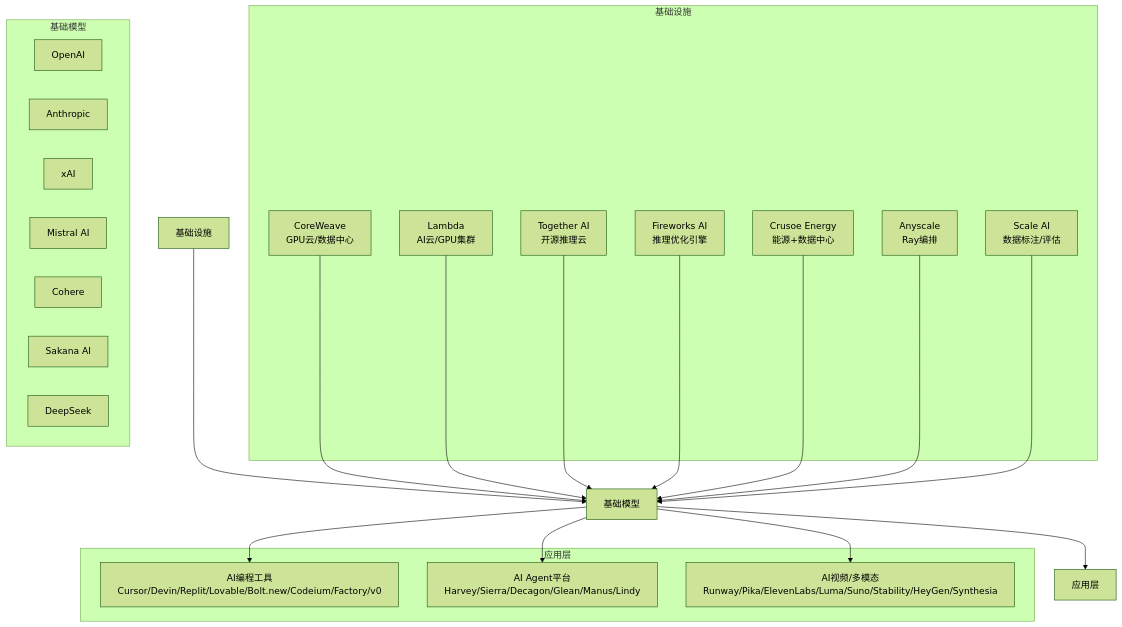
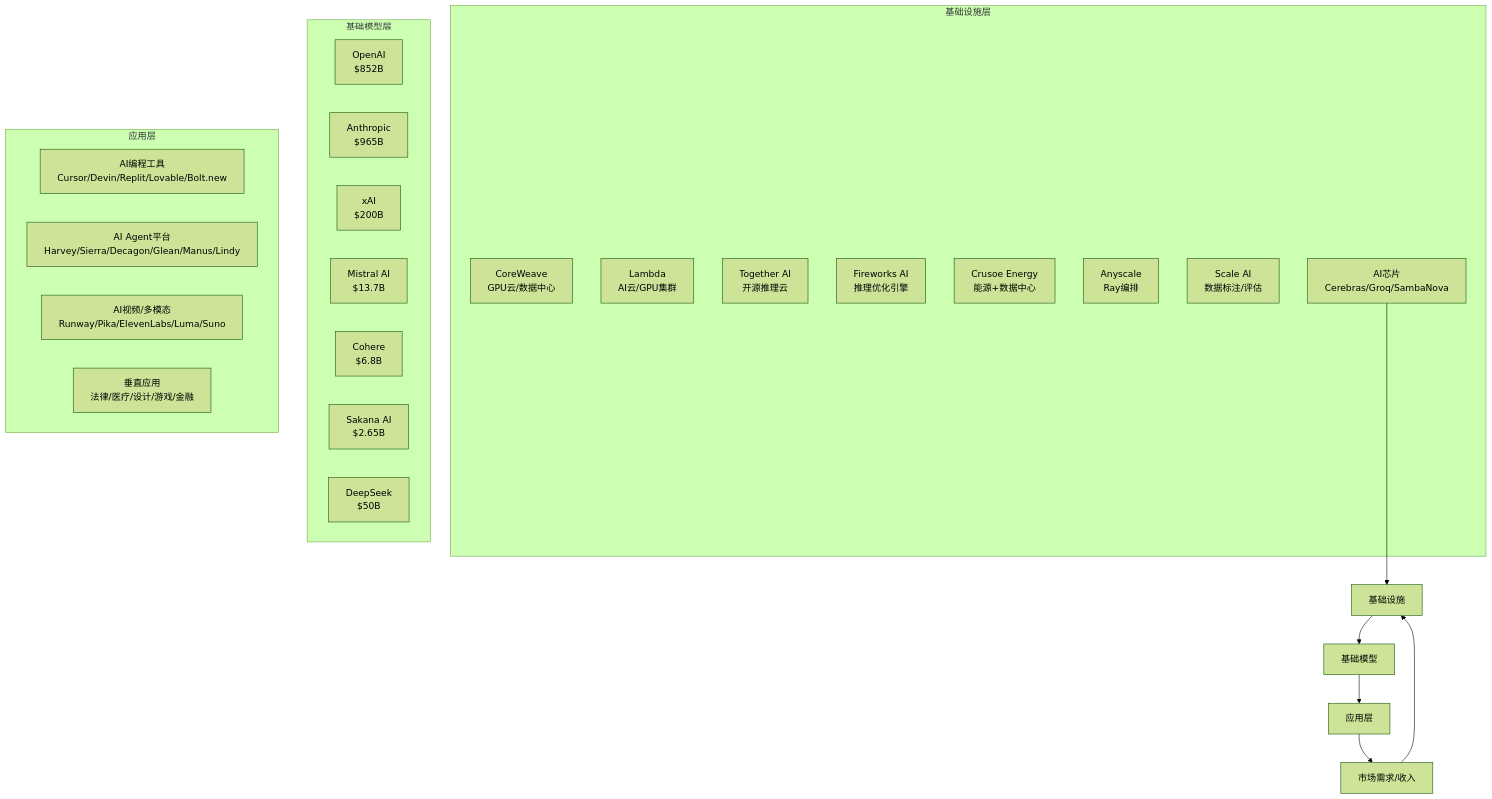
The second of 9 diagrams in .qoder/repowiki/zh/content/AI & 大模型领域/AI & 大模型领域.md (allengaller/awesome-startups), drawn with Mermaid (forest theme) before and after one commit. The commit also changed other lines of this file and 20 other files, not shown here.

````diff
--- a/.qoder/repowiki/zh/content/AI & 大模型领域/AI & 大模型领域.md
+++ b/.qoder/repowiki/zh/content/AI & 大模型领域/AI & 大模型领域.md
@@ -63,38 +75,33 @@
 ```mermaid
 graph TB
-subgraph "基础设施"
+subgraph "基础设施层"
 CoreWeave["CoreWeave<br/>GPU云/数据中心"]
 Lambda["Lambda<br/>AI云/GPU集群"]
 Together["Together AI<br/>开源推理云"]
 Fireworks["Fireworks AI<br/>推理优化引擎"]
 Crusoe["Crusoe Energy<br/>能源+数据中心"]
 Anyscale["Anyscale<br/>Ray编排"]
 Scale["Scale AI<br/>数据标注/评估"]
+Chips["AI芯片<br/>Cerebras/Groq/SambaNova"]
 end
-subgraph "基础模型"
-OpenAI["OpenAI"]
-Anthropic["Anthropic"]
-xAI["xAI"]
-Mistral["Mistral AI"]
-Cohere["Cohere"]
-Sakana["Sakana AI"]
-DeepSeek["DeepSeek"]
+subgraph "基础模型层"
+OpenAI["OpenAI<br/>$852B"]
+Anthropic["Anthropic<br/>$965B"]
+xAI["xAI<br/>$200B"]
+Mistral["Mistral AI<br/>$13.7B"]
+Cohere["Cohere<br/>$6.8B"]
+Sakana["Sakana AI<br/>$2.65B"]
+DeepSeek["DeepSeek<br/>$50B"]
 end
 subgraph "应用层"
-Coding["AI编程工具<br/>Cursor/Devin/Replit/Lovable/Bolt.new/Codeium/Factory/v0"]
+Coding["AI编程工具<br/>Cursor/Devin/Replit/Lovable/Bolt.new"]
 Agents["AI Agent平台<br/>Harvey/Sierra/Decagon/Glean/Manus/Lindy"]
-Video["AI视频/多模态<br/>Runway/Pika/ElevenLabs/Luma/Suno/Stability/HeyGen/Synthesia"]
+Video["AI视频/多模态<br/>Runway/Pika/ElevenLabs/Luma/Suno"]
+Verticals["垂直应用<br/>法律/医疗/设计/游戏/金融"]
 end
 Infra["基础设施"] --> Models["基础模型"]
 Models --> Apps["应用层"]
-CoreWeave --> Models
-Lambda --> Models
-Together --> Models
-Fireworks --> Models
-Crusoe --> Models
-Anyscale --> Models
-Scale --> Models
-Models --> Coding
-Models --> Agents
-Models --> Video
+Apps --> Market["市场需求/收入"]
+Market --> Infra
+Chips --> Infra
 ```
````
